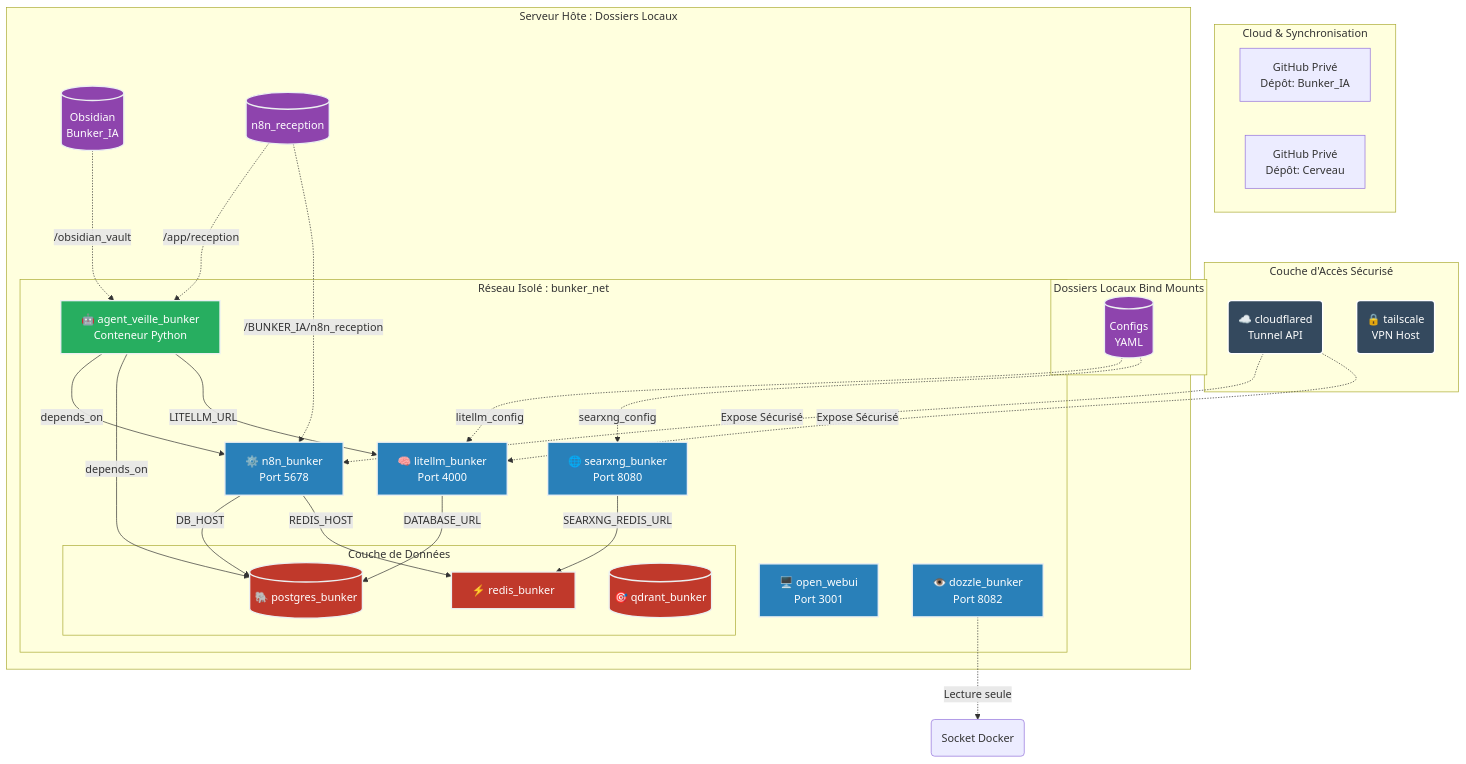
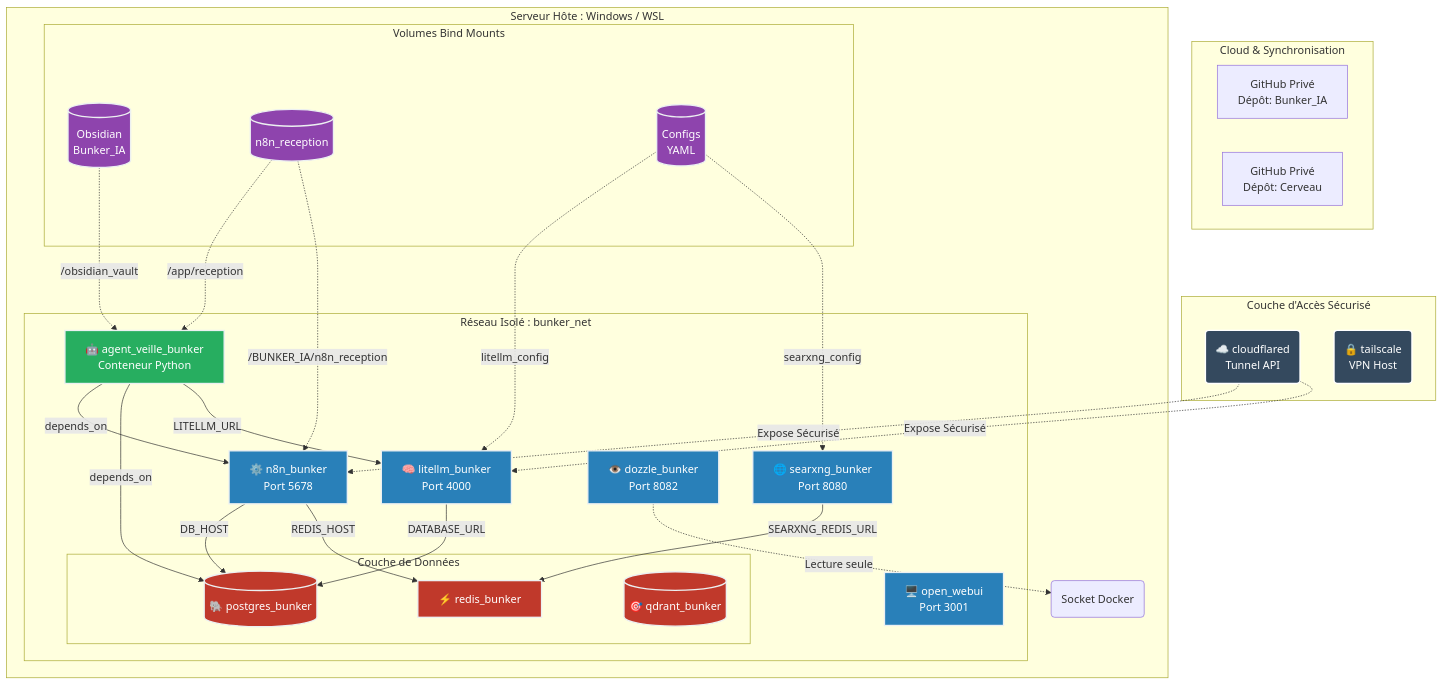
Before and after one commit to ORIORIS-FR/ORIORIS-FR: the first of 2 diagrams in README.md, drawn with Mermaid. The commit also changed other lines of this file, not shown here.

Commit message:
Revise architecture diagram and access descriptions
modif mermaid plus explicite

````diff
--- a/README.md
+++ b/README.md
@@ -34,68 +34,53 @@
 ```mermaid
 graph TD
-    %% --- Environnement Cloud / Externe ---
+    %% --- Environnement Cloud ---
     subgraph Cloud [Cloud & Synchronisation]
         G1[GitHub Privé<br/>Dépôt: Bunker_IA]
         G2[GitHub Privé<br/>Dépôt: Cerveau]
     end
 
-    %% --- Système de Fichiers Local (Windows/WSL) ---
-    subgraph Host [Serveur Hôte : Dossiers Locaux]
-        V1[(📁 /Bunker_IA<br/>Le Sas / Inbox AI)]
-        V2[(📁 /Cerveau<br/>Le Sanctuaire PKM)]
-    end
-
-   %% --- Tunnels & Accès Externes ---
+    %% --- Couche d'Accès ---
     subgraph Access [Couche d'Accès Sécurisé]
         CF(☁️ cloudflared<br/>Tunnel API)
         TS(🔒 tailscale<br/>VPN Host)
     end
 
-    subgraph Host [Serveur Hôte Windows / WSL]
-        %% --- Volumes Locaux ---
-        subgraph Volumes [Dossiers Locaux Bind Mounts]
+    %% --- Serveur Hôte ---
+    subgraph Host [Serveur Hôte : Windows / WSL]
+        subgraph Volumes [Volumes Bind Mounts]
             V1[(Obsidian<br/>Bunker_IA)]
             V2[(n8n_reception)]
             V3[(Configs<br/>YAML)]
         end
 
-        %% --- Réseau Interne Docker ---
         subgraph DockerNet [Réseau Isolé : bunker_net]
-            
-            %% Cœur Applicatif
             N8N[⚙️ n8n_bunker<br/>Port 5678]
             LITELLM[🧠 litellm_bunker<br/>Port 4000]
             SEARCH[🌐 searxng_bunker<br/>Port 8080]
             AGENT[🤖 agent_veille_bunker<br/>Conteneur Python]
-            
-            %% Front & Monitor
             WEBUI[🖥️ open_webui<br/>Port 3001]
             DOZZLE[👁️ dozzle_bunker<br/>Port 8082]
             
-            %% Persistance
             subgraph Databases [Couche de Données]
                 PG[(🐘 postgres_bunker)]
                 RED[⚡ redis_bunker]
                 QDR[(🎯 qdrant_bunker)]
             end
         end
+        DockerSock(Socket Docker)
     end
 
     %% --- Routage & Dépendances ---
     CF -.->|Expose Sécurisé| N8N
     CF -.->|Expose Sécurisé| LITELLM
-    
     N8N -->|DB_HOST| PG
     N8N -->|REDIS_HOST| RED
-    
     LITELLM -->|DATABASE_URL| PG
     SEARCH -->|SEARXNG_REDIS_URL| RED
-    
     AGENT -->|depends_on| N8N
     AGENT -->|depends_on| PG
     AGENT -->|LITELLM_URL| LITELLM
-    
-    DOZZLE -.->|Lecture seule| DockerSock(Socket Docker)
+    DOZZLE -.->|Lecture seule| DockerSock
     
     %% --- Montages Volumes ---
     V1 -.->|/obsidian_vault| AGENT
````
